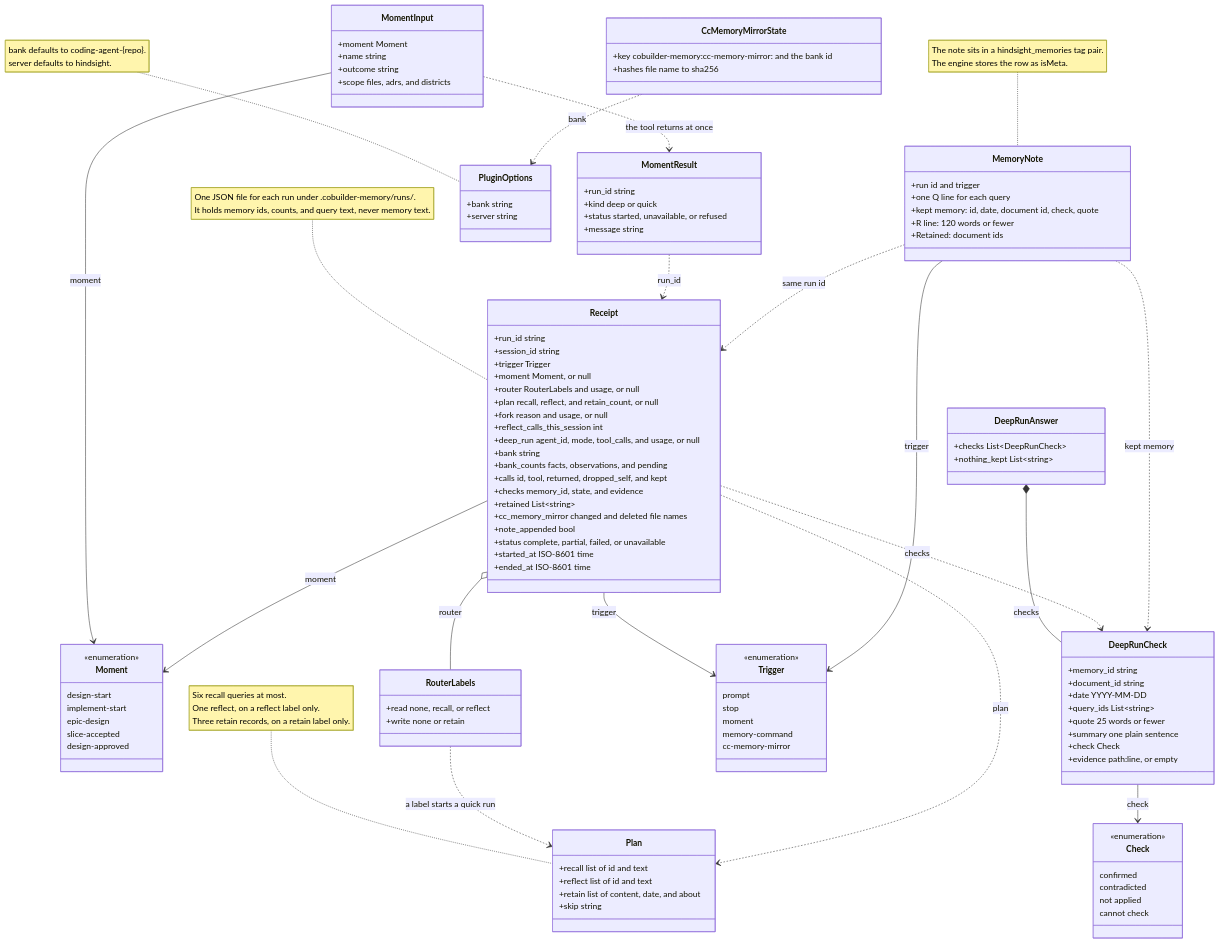
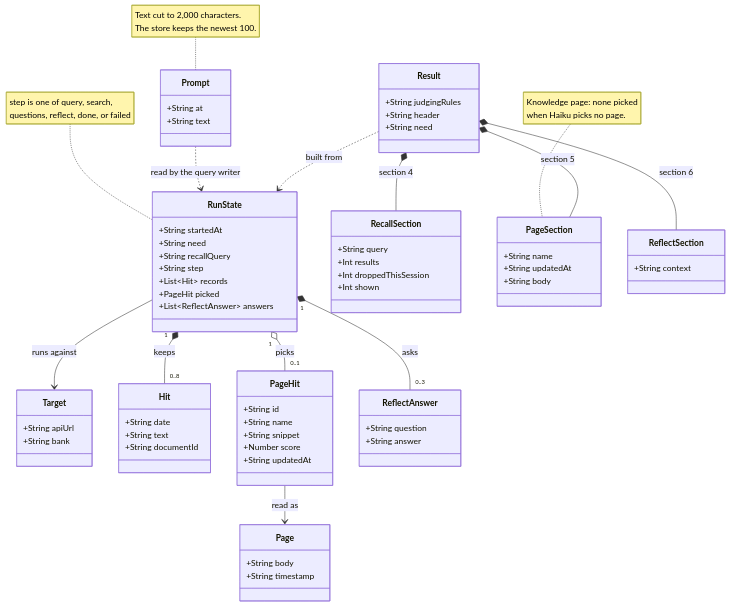
Before and after one commit to bjornslib/cobuilder-plugin: the diagram in docs/architecture/designs/cobuilder-memory/diagrams/level-3.mmd, drawn with Mermaid. The commit also changed 17 other files, not shown here.

First line of the commit message:
Revise the cobuilder-memory design to the tool the spike proved

```diff
--- a/docs/architecture/designs/cobuilder-memory/diagrams/level-3.mmd
+++ b/docs/architecture/designs/cobuilder-memory/diagrams/level-3.mmd
@@ -1,132 +1,84 @@
-%% Data types for cobuilder-memory.
-%% Level 3 = architecture. Each class is a shape from contracts.md. Every
-%% member is a prediction that ADR-0039 carries. No code exists yet.
+%% Classes: the types of epic E1 and the sections of the result.
+%% Names follow contracts.md. They are design names, not code names.
 classDiagram
-    class MomentInput {
-        +moment Moment
-        +name string
-        +outcome string
-        +scope files, adrs, and districts
+    class Prompt {
+        +String at
+        +String text
     }
 
-    class Moment {
-        <<enumeration>>
-        design-start
-        implement-start
-        epic-design
-        slice-accepted
-        design-approved
+    class Target {
+        +String apiUrl
+        +String bank
     }
 
-    class MomentResult {
-        +run_id string
-        +kind deep or quick
-        +status started, unavailable, or refused
-        +message string
+    class RunState {
+        +String startedAt
+        +String need
+        +String recallQuery
+        +String step
+        +List~Hit~ records
+        +PageHit picked
+        +List~ReflectAnswer~ answers
     }
 
-    class RouterLabels {
-        +read none, recall, or reflect
-        +write none or retain
+    class Hit {
+        +String date
+        +String text
+        +String documentId
     }
 
-    class Plan {
-        +recall list of id and text
-        +reflect list of id and text
-        +retain list of content, date, and about
-        +skip string
+    class PageHit {
+        +String id
+        +String name
+        +String snippet
+        +Number score
+        +String updatedAt
     }
 
-    class DeepRunAnswer {
-        +checks List~DeepRunCheck~
-        +nothing_kept List~string~
+    class Page {
+        +String body
+        +String timestamp
     }
 
-    class DeepRunCheck {
-        +memory_id string
-        +document_id string
-        +date YYYY-MM-DD
-        +query_ids List~string~
-        +quote 25 words or fewer
-        +summary one plain sentence
-        +check Check
-        +evidence path:line, or empty
+    class ReflectAnswer {
+        +String question
+        +String answer
     }
 
-    class Check {
-        <<enumeration>>
-        confirmed
-        contradicted
-        not applied
-        cannot check
+    class Result {
+        +String judgingRules
+        +String header
+        +String need
     }
 
-    class Receipt {
-        +run_id string
-        +session_id string
-        +trigger Trigger
-        +moment Moment, or null
-        +router RouterLabels and usage, or null
-        +plan recall, reflect, and retain_count, or null
-        +fork reason and usage, or null
-        +reflect_calls_this_session int
-        +deep_run agent_id, mode, tool_calls, and usage, or null
-        +bank string
-        +bank_counts facts, observations, and pending
-        +calls id, tool, returned, dropped_self, and kept
-        +checks memory_id, state, and evidence
-        +retained List~string~
-        +cc_memory_mirror changed and deleted file names
-        +note_appended bool
-        +status complete, partial, failed, or unavailable
-        +started_at ISO-8601 time
-        +ended_at ISO-8601 time
+    class RecallSection {
+        +String query
+        +Int results
+        +Int droppedThisSession
+        +Int shown
     }
 
-    class Trigger {
-        <<enumeration>>
-        prompt
-        stop
-        moment
-        memory-command
-        cc-memory-mirror
+    class PageSection {
+        +String name
+        +String updatedAt
+        +String body
     }
 
-    class MemoryNote {
-        +run id and trigger
-        +one Q line for each query
-        +kept memory: id, date, document id, check, quote
-        +R line: 120 words or fewer
-        +Retained: document ids
+    class ReflectSection {
+        +String context
     }
 
-    class CcMemoryMirrorState {
-        +key cobuilder-memory:cc-memory-mirror: and the bank id
-        +hashes file name to sha256
-    }
+    Prompt ..> RunState : read by the query writer
+    RunState --> Target : runs against
+    RunState "1" *-- "0..8" Hit : keeps
+    RunState "1" o-- "0..1" PageHit : picks
+    RunState "1" *-- "0..3" ReflectAnswer : asks
+    PageHit --> Page : read as
+    Result ..> RunState : built from
+    Result *-- RecallSection : section 4
+    Result *-- PageSection : section 5
+    Result *-- ReflectSection : section 6
 
-    class PluginOptions {
-        +bank string
-        +server string
-    }
-
-    MomentInput --> Moment : moment
-    MomentInput ..> MomentResult : the tool returns at once
-    MomentResult ..> Receipt : run_id
-    RouterLabels ..> Plan : a label starts a quick run
-    DeepRunAnswer *-- DeepRunCheck : checks
-    DeepRunCheck --> Check : check
-    Receipt --> Trigger : trigger
-    Receipt --> Moment : moment
-    Receipt o-- RouterLabels : router
-    Receipt ..> Plan : plan
-    Receipt ..> DeepRunCheck : checks
-    MemoryNote --> Trigger : trigger
-    MemoryNote ..> Receipt : same run id
-    MemoryNote ..> DeepRunCheck : kept memory
-    CcMemoryMirrorState ..> PluginOptions : bank
-
-    note for Plan "Six recall queries at most.<br>One reflect, on a reflect label only.<br>Three retain records, on a retain label only."
-    note for Receipt "One JSON file for each run under .cobuilder-memory/runs/.<br>It holds memory ids, counts, and query text, never memory text."
-    note for MemoryNote "The note sits in a hindsight_memories tag pair.<br>The engine stores the row as isMeta."
-    note for PluginOptions "bank defaults to coding-agent-{repo}.<br>server defaults to hindsight."
+    note for Prompt "Text cut to 2,000 characters.<br>The store keeps the newest 100."
+    note for RunState "step is one of query, search,<br>questions, reflect, done, or failed"
+    note for PageSection "Knowledge page: none picked<br>when Haiku picks no page."
```
